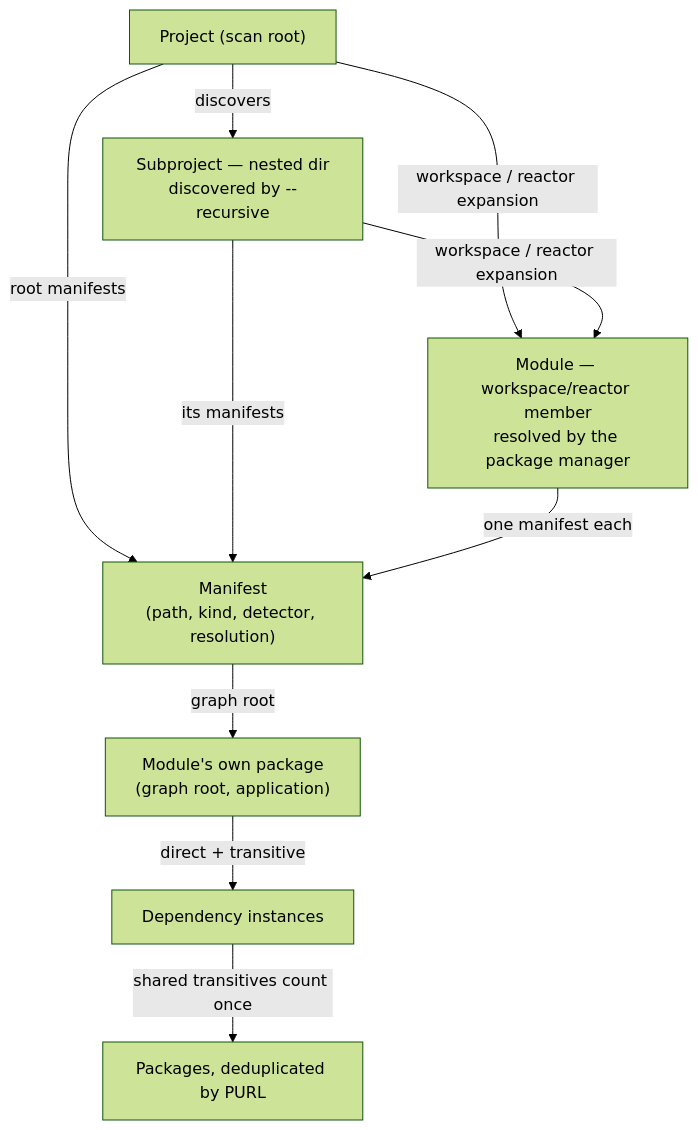
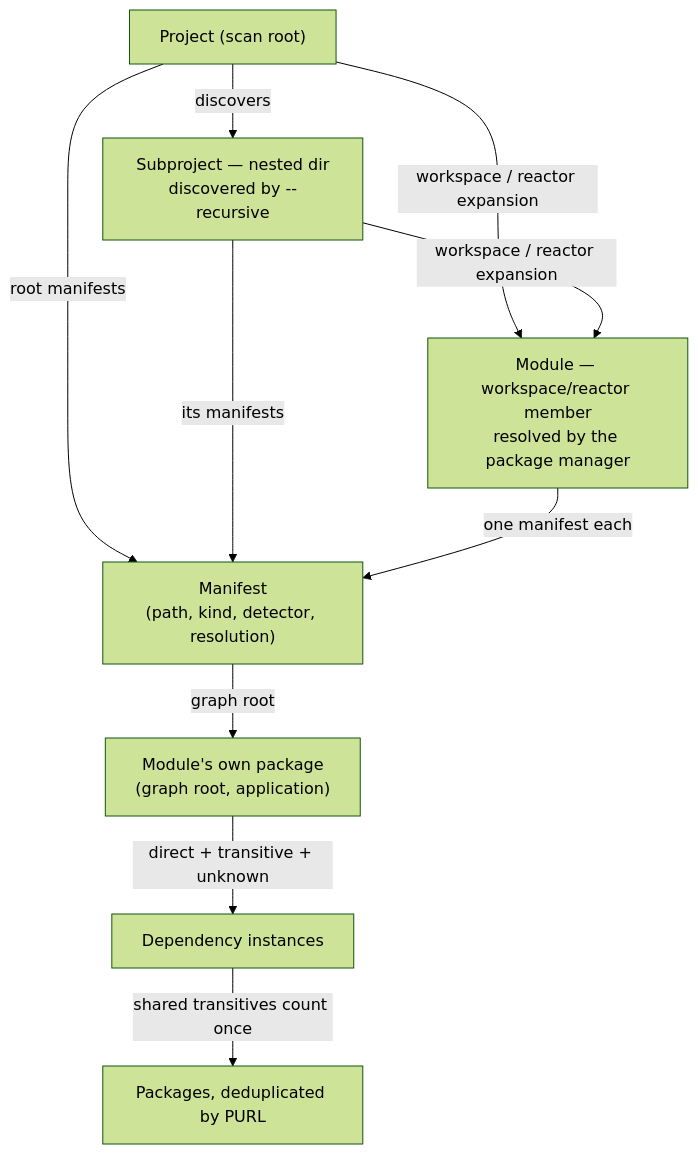
The third of 3 diagrams in docs/ARCHITECTURE.md (bomly-dev/bomly-cli), drawn with Mermaid (forest theme) before and after one commit. The commit also changed other lines of this file and 90 other files, not shown here.

First line of the commit message:
Strengthen Node dependency graph fidelity (#275)

````diff
--- a/docs/ARCHITECTURE.md
+++ b/docs/ARCHITECTURE.md
@@ -69,20 +69,20 @@
 ```mermaid
 flowchart TD
     PR["Project (scan root)"]
     SP["Subproject — nested dir<br/>discovered by --recursive"]
     MOD["Module — workspace/reactor member<br/>resolved by the package manager"]
     MAN["Manifest<br/>(path, kind, detector, resolution)"]
     ROOT["Module's own package<br/>(graph root, application)"]
     DEP[Dependency instances]
     P2[Packages, deduplicated by PURL]
 
     PR -->|discovers| SP
     PR -->|root manifests| MAN
     SP -->|its manifests| MAN
     PR -->|workspace / reactor expansion| MOD
     SP -->|workspace / reactor expansion| MOD
     MOD -->|one manifest each| MAN
     MAN -->|graph root| ROOT
-    ROOT -->|direct + transitive| DEP
+    ROOT -->|direct + transitive + unknown| DEP
     DEP -->|shared transitives count once| P2
 ```
````
